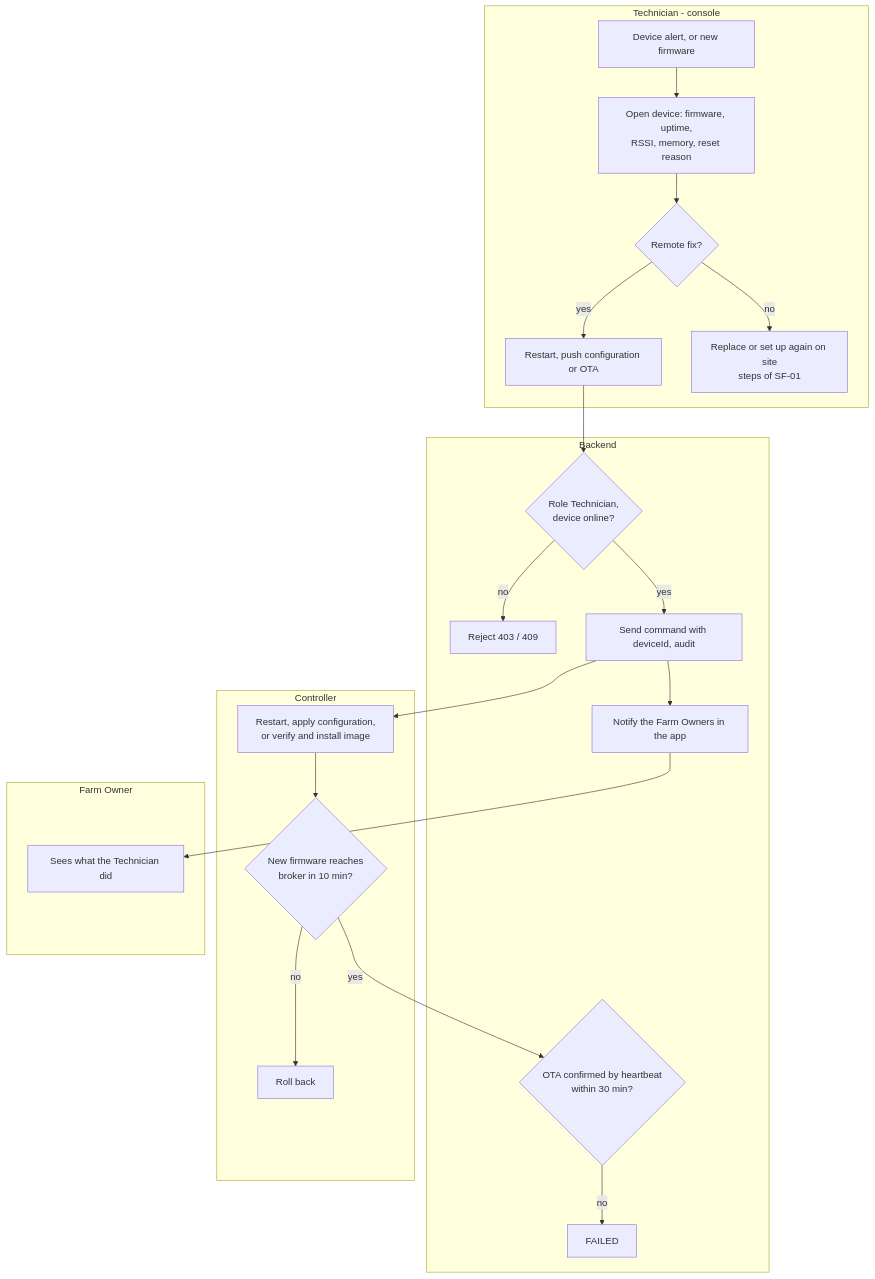
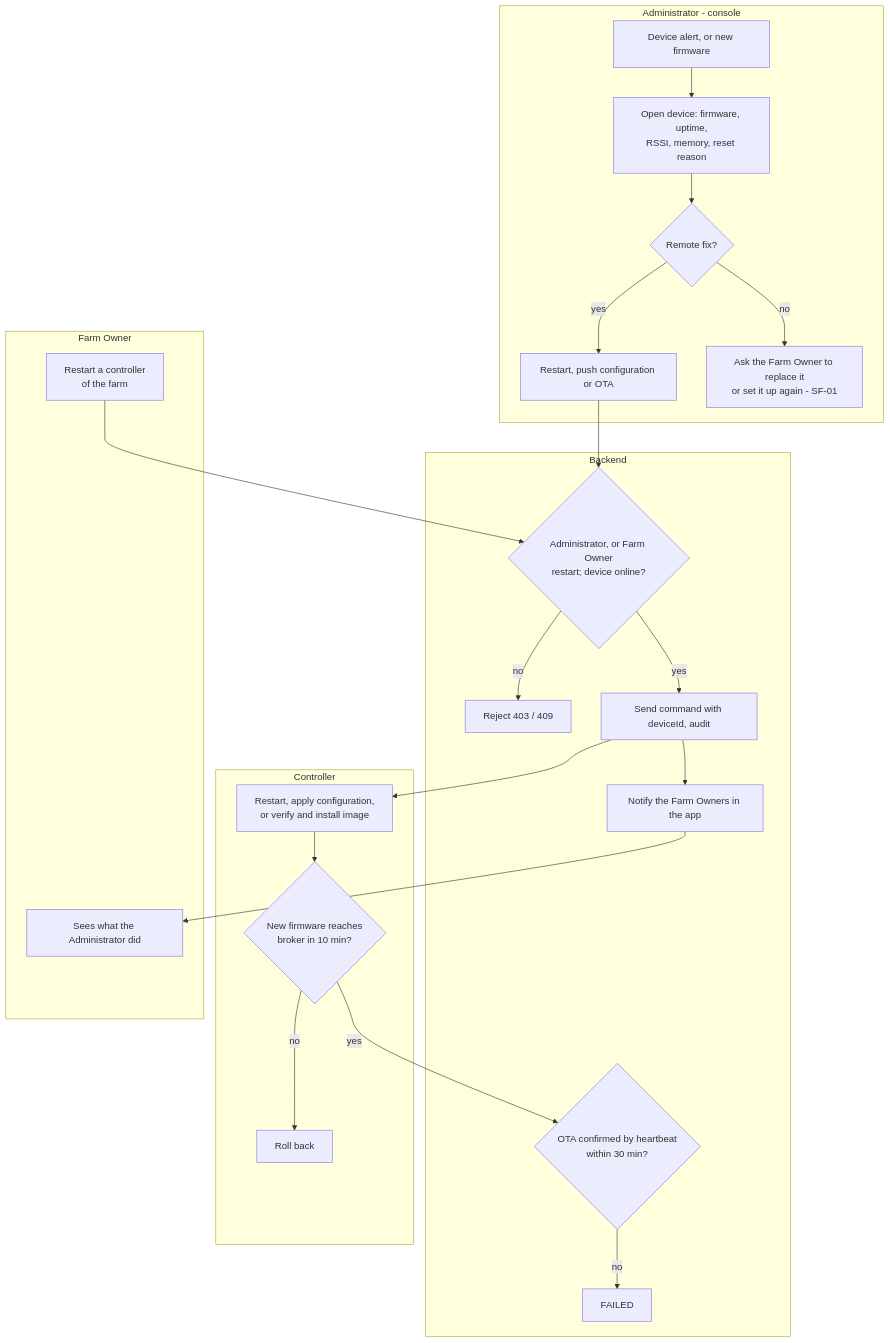
Before and after one commit to NBao261/SwiftletCare_KLTN: diagram 28 of 31 in docs/reports/report4-sdd.md, drawn with Mermaid. The commit also changed other lines of this file and 18 other files, not shown here.

First line of the commit message:
docs(srs): remove the Technician role

````diff
--- a/docs/reports/report4-sdd.md
+++ b/docs/reports/report4-sdd.md
@@ -1254,26 +1254,28 @@
 ```mermaid
 flowchart TB
-  subgraph T[Technician - console]
+  subgraph T[Administrator - console]
     T0[Device alert, or new firmware] --> T1[Open device: firmware, uptime,<br/>RSSI, memory, reset reason]
     T1 --> T2{Remote fix?}
     T2 -- yes --> T3[Restart, push configuration or OTA]
-    T2 -- no --> T4[Replace or set up again on site<br/>steps of SF-01]
+    T2 -- no --> T4[Ask the Farm Owner to replace it<br/>or set it up again - SF-01]
   end
   subgraph B[Backend]
-    B1{Role Technician,<br/>device online?} -- no --> B2[Reject 403 / 409]
+    B1{Administrator, or Farm Owner<br/>restart; device online?} -- no --> B2[Reject 403 / 409]
     B1 -- yes --> B3[Send command with deviceId, audit]
     B3 --> B4[Notify the Farm Owners in the app]
     B5{OTA confirmed by heartbeat<br/>within 30 min?} -- no --> B6[FAILED]
   end
   subgraph C[Controller]
     C1[Restart, apply configuration,<br/>or verify and install image]
     C1 --> C2{New firmware reaches<br/>broker in 10 min?} -- no --> C3[Roll back]
   end
   subgraph O[Farm Owner]
-    O1[Sees what the Technician did]
+    O0[Restart a controller<br/>of the farm]
+    O1[Sees what the Administrator did]
   end
   T3 --> B1
+  O0 --> B1
   B3 --> C1
   C2 -- yes --> B5
   B4 --> O1
 ```
````
